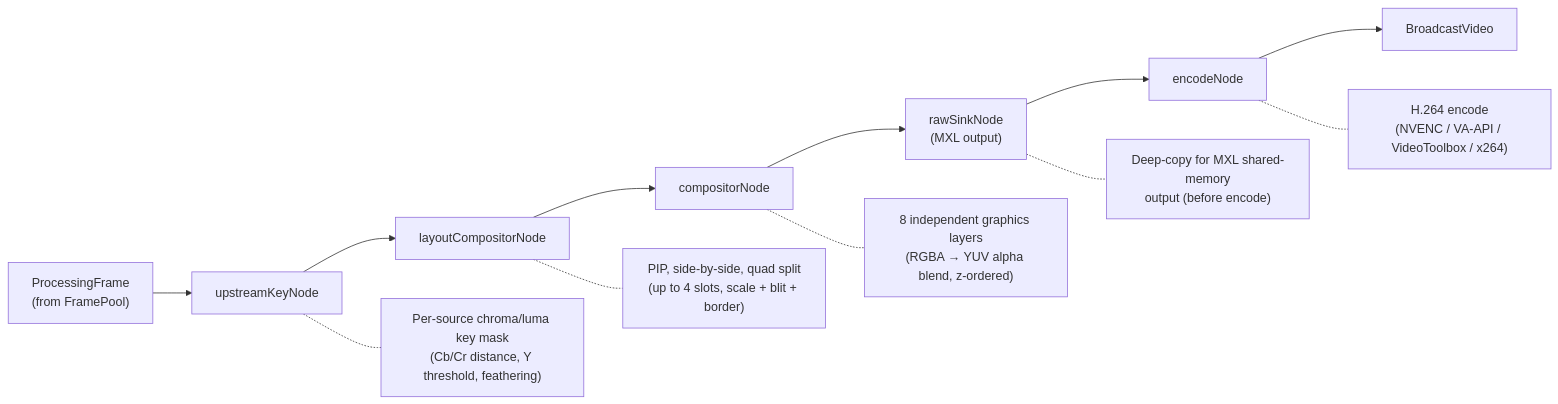
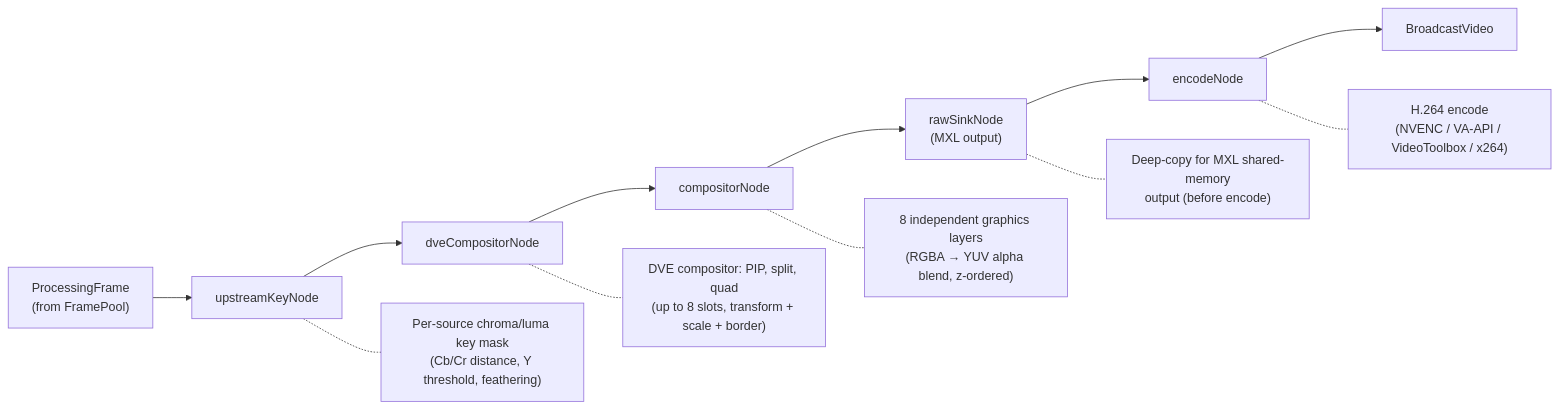
One commit to qvest-digital/dmf-mf-switchframe changed the tenth of 25 diagrams in docs/architecture.md. Above: the diagram before and after it, drawn with Mermaid. The commit also changed other lines of this file and 68 other files, not shown here.

First line of the commit message:
feat: Consolidate layout/ into DVE as single compositor

````diff
--- a/docs/architecture.md
+++ b/docs/architecture.md
@@ -360,23 +360,23 @@
 ```mermaid
 flowchart LR
     PF["ProcessingFrame<br/>(from FramePool)"]
     USK["upstreamKeyNode"]
-    LYT["layoutCompositorNode"]
+    DVE["dveCompositorNode"]
     DSK["compositorNode"]
     RS1["rawSinkNode<br/>(MXL output)"]
     ENC["encodeNode"]
     BV["BroadcastVideo"]
 
     PF --> USK
-    USK --> LYT
-    LYT --> DSK
+    USK --> DVE
+    DVE --> DSK
     DSK --> RS1
     RS1 --> ENC
     ENC --> BV
 
     USK -.- USKn["Per-source chroma/luma key mask<br/>(Cb/Cr distance, Y threshold, feathering)"]
-    LYT -.- LYTn["PIP, side-by-side, quad split<br/>(up to 4 slots, scale + blit + border)"]
+    DVE -.- DVEn["DVE compositor: PIP, split, quad<br/>(up to 8 slots, transform + scale + border)"]
     DSK -.- DSKn["8 independent graphics layers<br/>(RGBA → YUV alpha blend, z-ordered)"]
     RS1 -.- RS1n["Deep-copy for MXL shared-memory<br/>output (before encode)"]
     ENC -.- ENCn["H.264 encode<br/>(NVENC / VA-API / VideoToolbox / x264)"]
 ```
````
